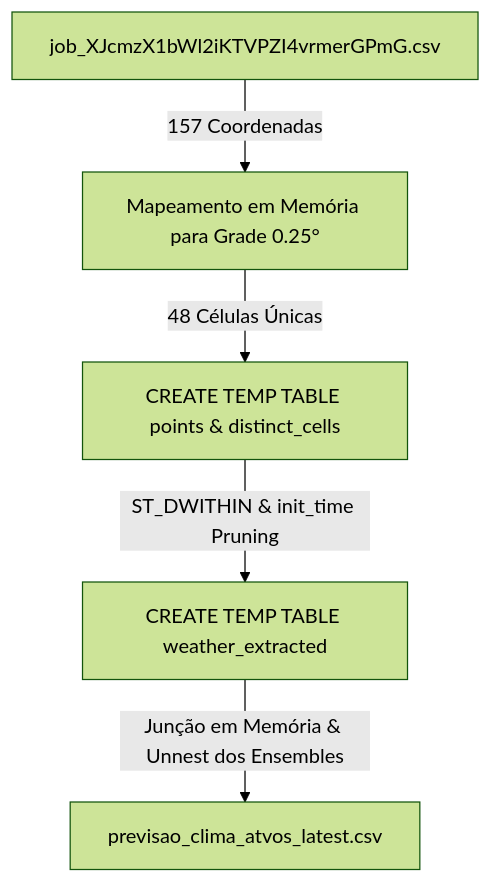
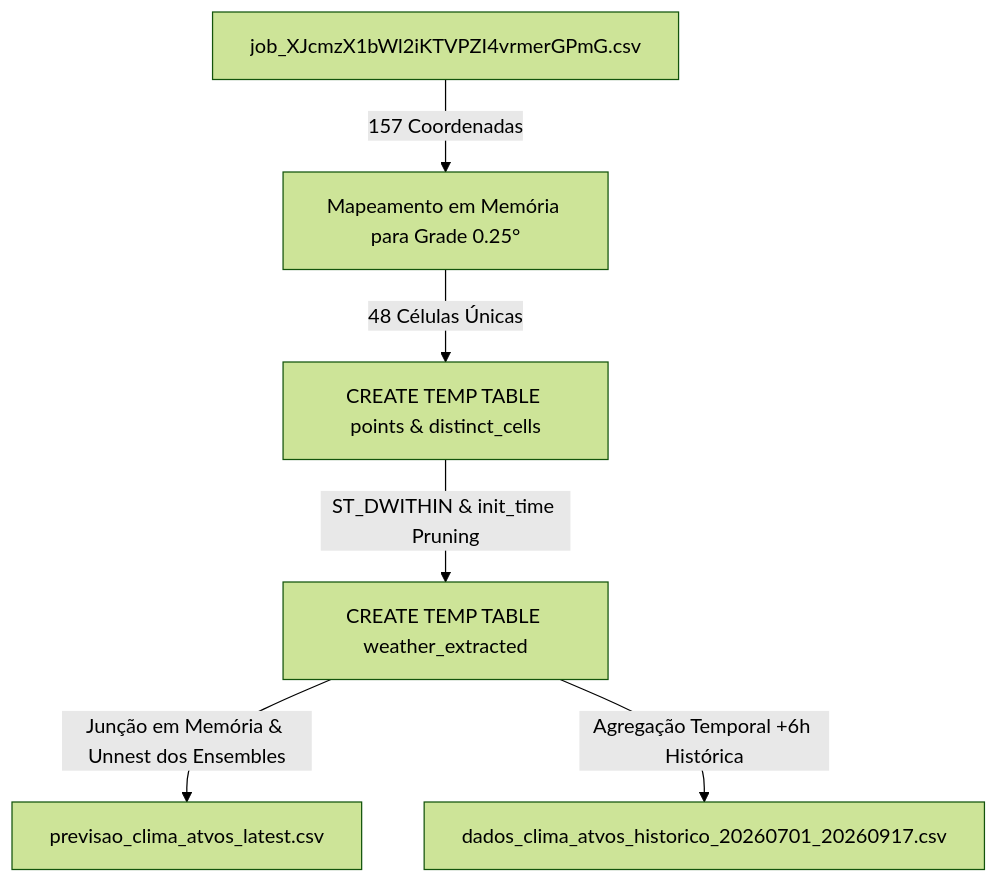
Before and after one commit to meneghimfabio/previsao_de_clima: the diagram in README.md, drawn with Mermaid (forest theme). The commit also changed other lines of this file and 1 other file, not shown here.

Commit message:
docs: atualiza README.md e adiciona Guia de Interpretacao de Dados e Ensemble do WeatherNext

````diff
--- a/README.md
+++ b/README.md
@@ -21,7 +25,8 @@
 ```mermaid
 flowchart TD
     A[job_XJcmzX1bWl2iKTVPZI4vrmerGPmG.csv] -->|157 Coordenadas| B[Mapeamento em Memória para Grade 0.25°]
     B -->|48 Células Únicas| C[CREATE TEMP TABLE points & distinct_cells]
     C -->|ST_DWITHIN & init_time Pruning| D[CREATE TEMP TABLE weather_extracted]
     D -->|Junção em Memória & Unnest dos Ensembles| E[previsao_clima_atvos_latest.csv]
+    D -->|Agregação Temporal +6h Histórica| F[dados_clima_atvos_historico_20260701_20260917.csv]
 ```
````
